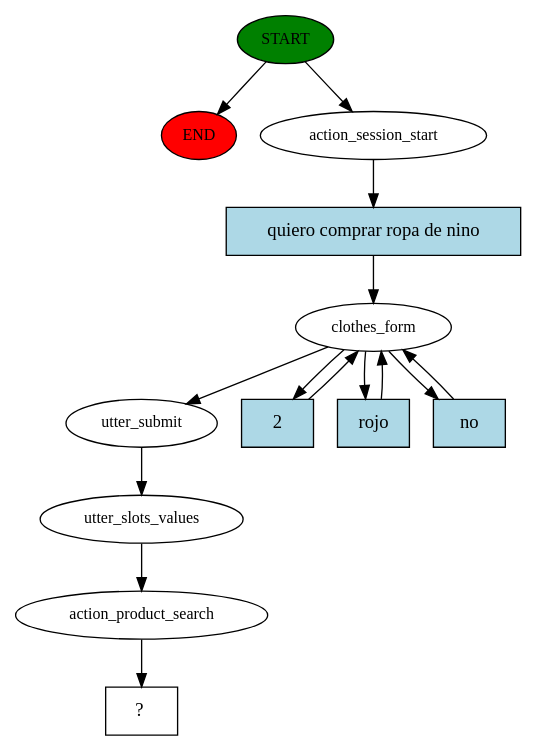
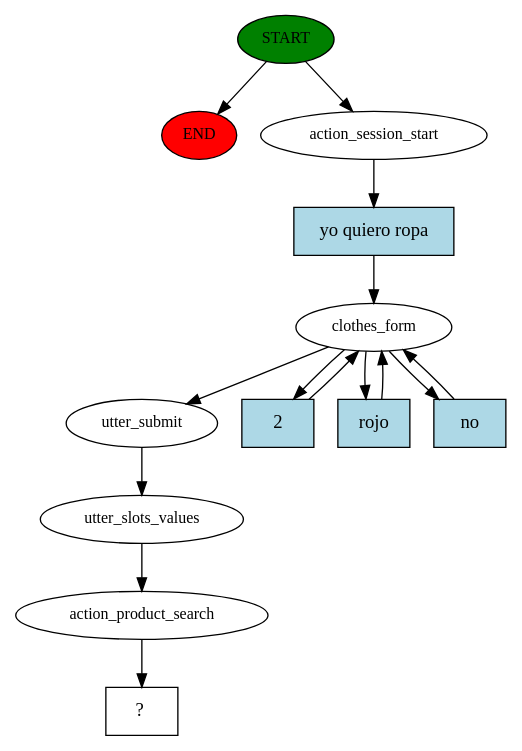
The diagram in chatbot/story_graph.dot (kabirivan/ChatBot-Clothes), drawn with Graphviz before and after one commit. The commit also changed 6 other files, not shown here.

```diff
--- a/chatbot/story_graph.dot
+++ b/chatbot/story_graph.dot
@@ -1,28 +1,28 @@
 digraph  {
 0 [class="start active", fillcolor=green, fontsize=12, label=START, style=filled];
 "-1" [class=end, fillcolor=red, fontsize=12, label=END, style=filled];
 1 [class=active, fontsize=12, label=action_session_start];
 2 [class=active, fontsize=12, label=clothes_form];
-7 [class=active, fontsize=12, label=utter_submit];
-8 [class=active, fontsize=12, label=utter_slots_values];
-9 [class=active, fontsize=12, label=action_product_search];
-10 [class="intent dashed active", label="  ?  ", shape=rect];
-11 [class="intent active", fillcolor=lightblue, label="quiero comprar ropa de nino", shape=rect, style=filled];
-12 [class="intent active", fillcolor=lightblue, label=2, shape=rect, style=filled];
-13 [class="intent active", fillcolor=lightblue, label=rojo, shape=rect, style=filled];
-14 [class="intent active", fillcolor=lightblue, label=no, shape=rect, style=filled];
+8 [class=active, fontsize=12, label=utter_submit];
+9 [class=active, fontsize=12, label=utter_slots_values];
+10 [class=active, fontsize=12, label=action_product_search];
+11 [class="intent dashed active", label="  ?  ", shape=rect];
+12 [class="intent active", fillcolor=lightblue, label="yo quiero ropa", shape=rect, style=filled];
+13 [class="intent active", fillcolor=lightblue, label=2, shape=rect, style=filled];
+14 [class="intent active", fillcolor=lightblue, label=rojo, shape=rect, style=filled];
+15 [class="intent active", fillcolor=lightblue, label=no, shape=rect, style=filled];
 0 -> "-1"  [class="", key=NONE, label=""];
 0 -> 1  [class=active, key=NONE, label=""];
-1 -> 11  [class=active, key=0];
-2 -> 7  [class=active, key=NONE, label=""];
-2 -> 12  [class=active, key=0];
+1 -> 12  [class=active, key=0];
+2 -> 8  [class=active, key=NONE, label=""];
 2 -> 13  [class=active, key=0];
 2 -> 14  [class=active, key=0];
-7 -> 8  [class=active, key=NONE, label=""];
+2 -> 15  [class=active, key=0];
 8 -> 9  [class=active, key=NONE, label=""];
 9 -> 10  [class=active, key=NONE, label=""];
-11 -> 2  [class=active, key=0];
+10 -> 11  [class=active, key=NONE, label=""];
 12 -> 2  [class=active, key=0];
 13 -> 2  [class=active, key=0];
 14 -> 2  [class=active, key=0];
+15 -> 2  [class=active, key=0];
 }
```
